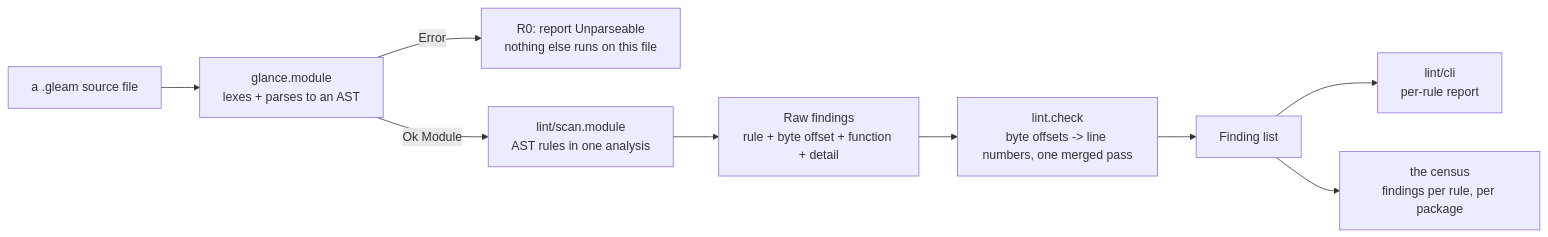
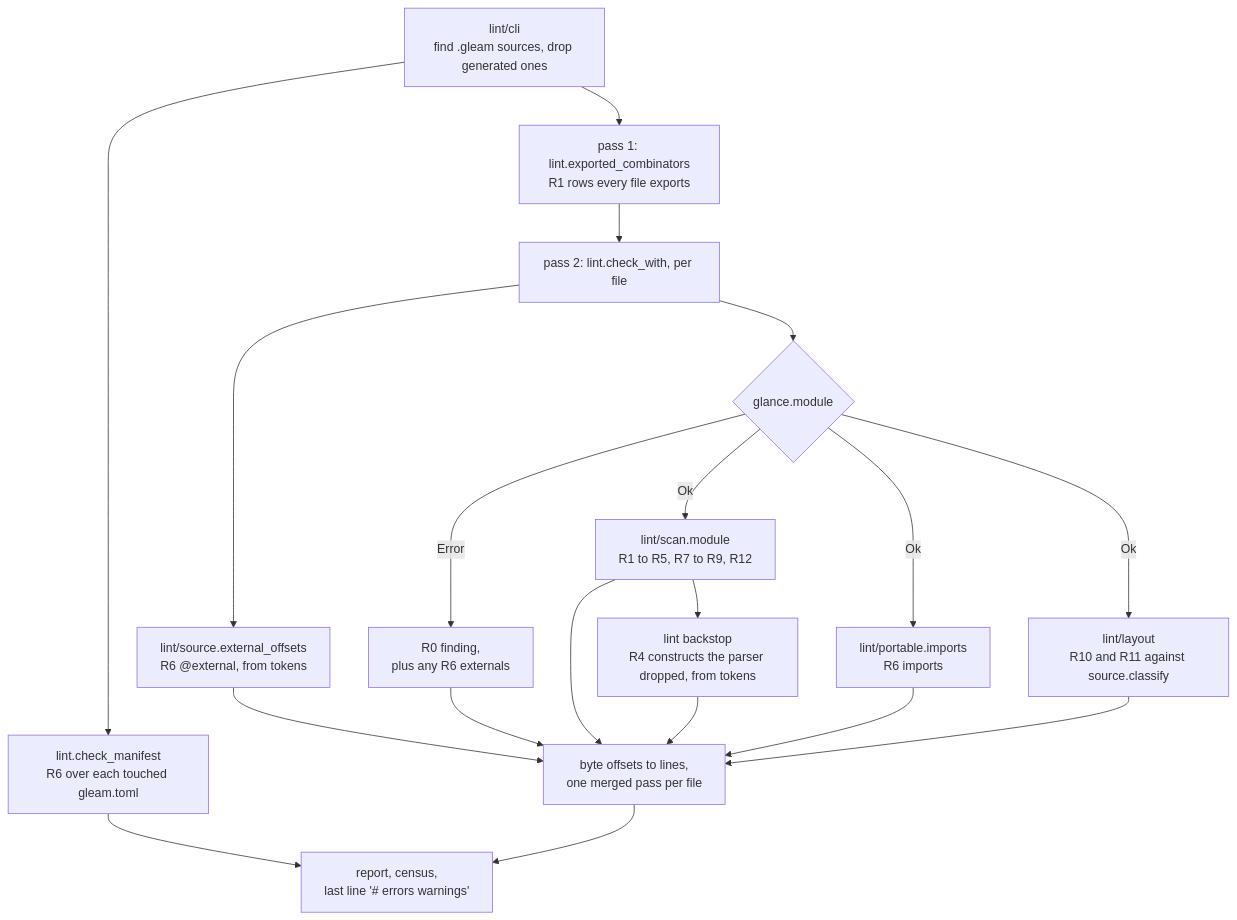
The first of 3 diagrams in packages/lint/README.md (Roasbeef/jevelin-mcp), drawn with Mermaid before and after one commit. The commit also changed other lines of this file and 5 other files, not shown here.

````diff
--- a/packages/lint/README.md
+++ b/packages/lint/README.md
@@ -47,21 +83,34 @@
 ```mermaid
-flowchart LR
-    SRC["a .gleam source file"]
-    PARSE["glance.module<br/>lexes + parses to an AST"]
-    UNPARSED["R0: report Unparseable<br/>nothing else runs on this file"]
-    WALK["lint/scan.module<br/>AST rules in one analysis"]
-    RAW["Raw findings<br/>rule + byte offset + function + detail"]
-    LINES["lint.check<br/>byte offsets -> line numbers, one merged pass"]
-    FINDINGS["Finding list"]
-    PRINT["lint/cli<br/>per-rule report"]
-    CENSUS["the census<br/>findings per rule, per package"]
+flowchart TD
+    CLI["lint/cli<br/>find .gleam sources, drop generated ones"]
+    P1["pass 1: lint.exported_combinators<br/>R1 rows every file exports"]
+    P2["pass 2: lint.check_with, per file"]
+    TOK["lint/source.external_offsets<br/>R6 @external, from tokens"]
+    PARSE{"glance.module"}
+    R0["R0 finding,<br/>plus any R6 externals"]
+    SCAN["lint/scan.module<br/>R1 to R5, R7 to R9, R12"]
+    BACK["lint backstop<br/>R4 constructs the parser dropped, from tokens"]
+    PORT["lint/portable.imports<br/>R6 imports"]
+    LAY["lint/layout<br/>R10 and R11 against source.classify"]
+    MAN["lint.check_manifest<br/>R6 over each touched gleam.toml"]
+    LOC["byte offsets to lines,<br/>one merged pass per file"]
+    OUT["report, census,<br/>last line '# errors warnings'"]
 
-    SRC --> PARSE
-    PARSE -->|Error| UNPARSED
-    PARSE -->|Ok Module| WALK
-    WALK --> RAW
-    RAW --> LINES
-    LINES --> FINDINGS
-    FINDINGS --> PRINT
-    FINDINGS --> CENSUS
+    CLI --> P1 --> P2
+    P2 --> TOK
+    P2 --> PARSE
+    PARSE -->|Error| R0
+    PARSE -->|Ok| SCAN
+    SCAN --> BACK
+    PARSE -->|Ok| PORT
+    PARSE -->|Ok| LAY
+    CLI --> MAN
+    TOK --> LOC
+    R0 --> LOC
+    SCAN --> LOC
+    BACK --> LOC
+    PORT --> LOC
+    LAY --> LOC
+    MAN --> OUT
+    LOC --> OUT
 ```
````
